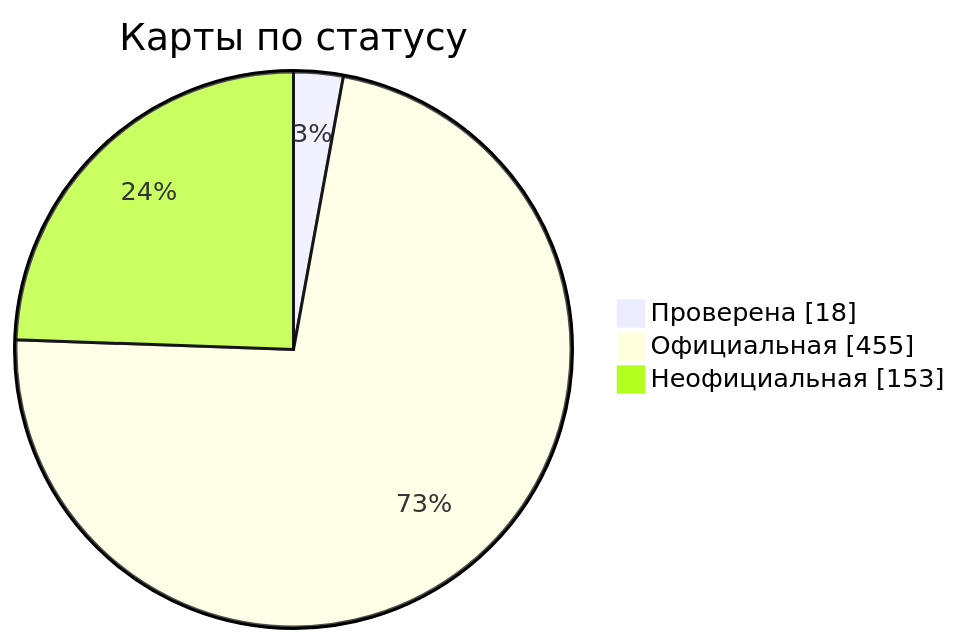
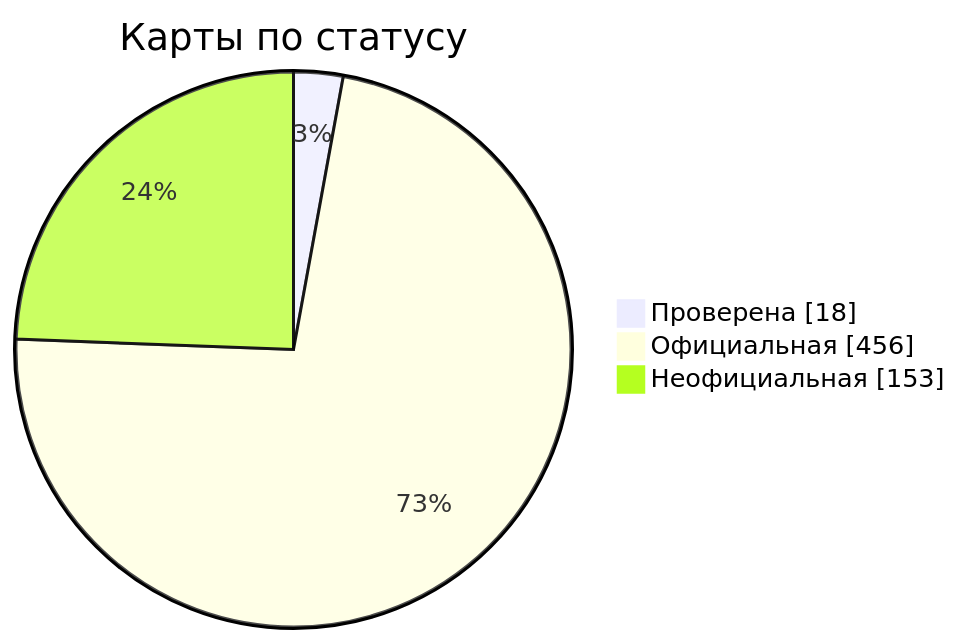
Before and after one commit to nobrega8/mbmap-library: the diagram in docs/readme/README_RU.md, drawn with Mermaid. The commit also changed 6 other files, not shown here.

````diff
--- a/docs/readme/README_RU.md
+++ b/docs/readme/README_RU.md
@@ -54,7 +54,7 @@
 ```mermaid
 pie showData
     title Карты по статусу
     "Проверена" : 18
-    "Официальная" : 455
+    "Официальная" : 456
     "Неофициальная" : 153
 ```
````
